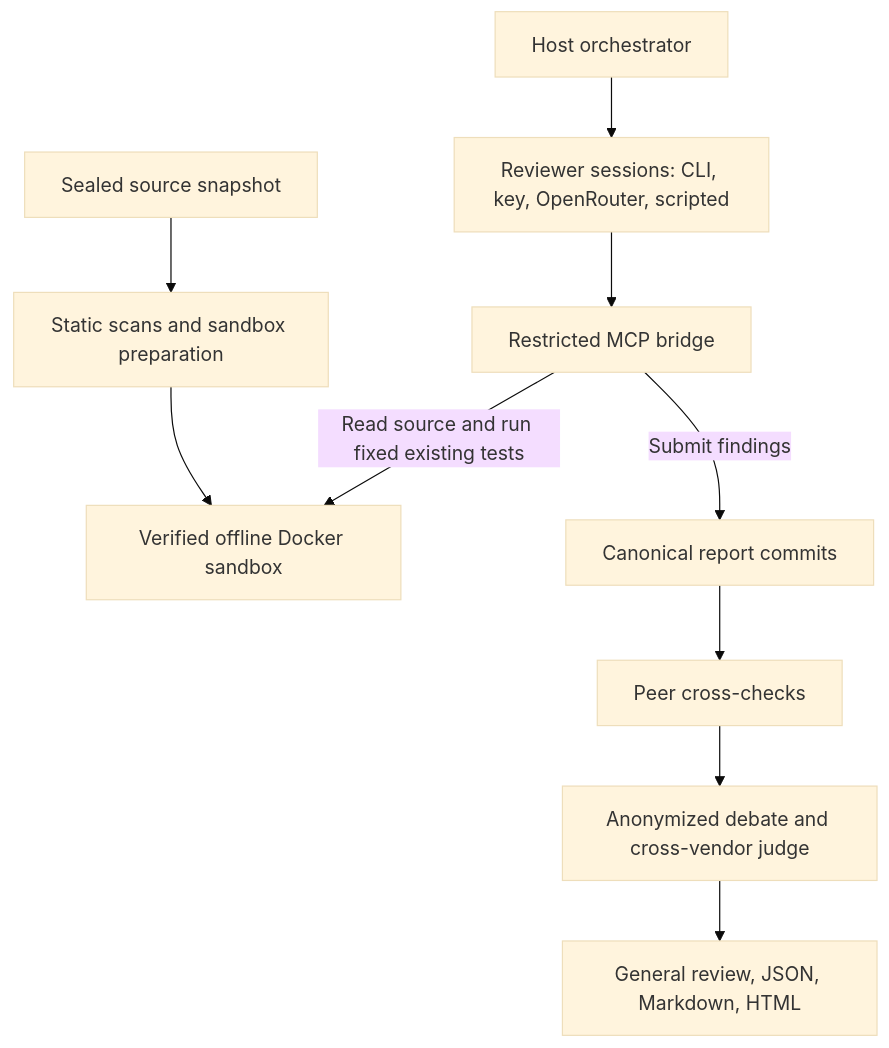
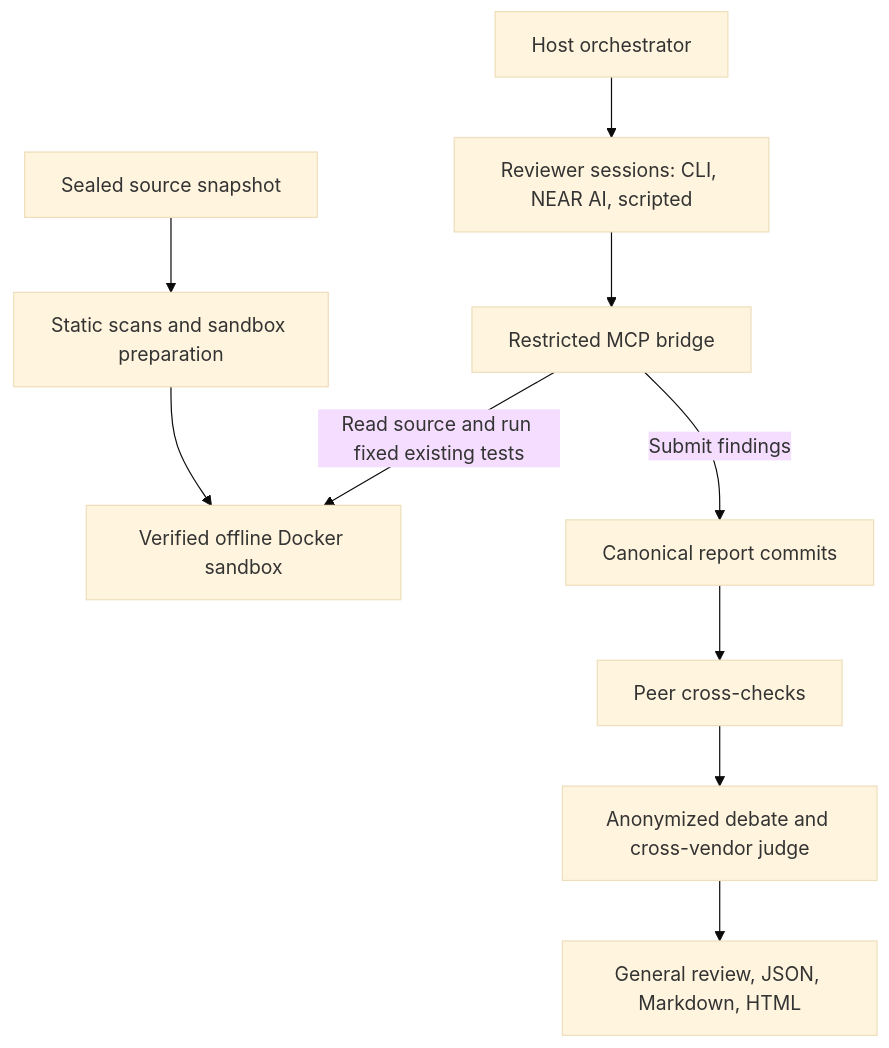
The diagram in README.md (recferret-bit/OmniSwarm), drawn with Mermaid (base theme) before and after one commit. The commit also changed other lines of this file and 313 other files, not shown here.

First line of the commit message:
Checkpoint before chain removal: own-key NEAR AI, donations, social sign-in

````diff
--- a/README.md
+++ b/README.md
@@ -195,12 +196,12 @@
 ```mermaid
 flowchart TB
     Source[Sealed source snapshot] --> Prepare[Static scans and sandbox preparation]
     Prepare --> Sandbox[Verified offline Docker sandbox]
-    Orchestrator[Host orchestrator] --> Reviewers[Reviewer sessions: CLI, key, OpenRouter, scripted]
+    Orchestrator[Host orchestrator] --> Reviewers[Reviewer sessions: CLI, NEAR AI, scripted]
     Reviewers --> Bridge[Restricted MCP bridge]
     Bridge -->|Read source and run fixed existing tests| Sandbox
     Bridge -->|Submit findings| Commit[Canonical report commits]
     Commit --> Peers[Peer cross-checks]
     Peers --> Debate[Anonymized debate and cross-vendor judge]
     Debate --> Reports[General review, JSON, Markdown, HTML]
 ```
````
